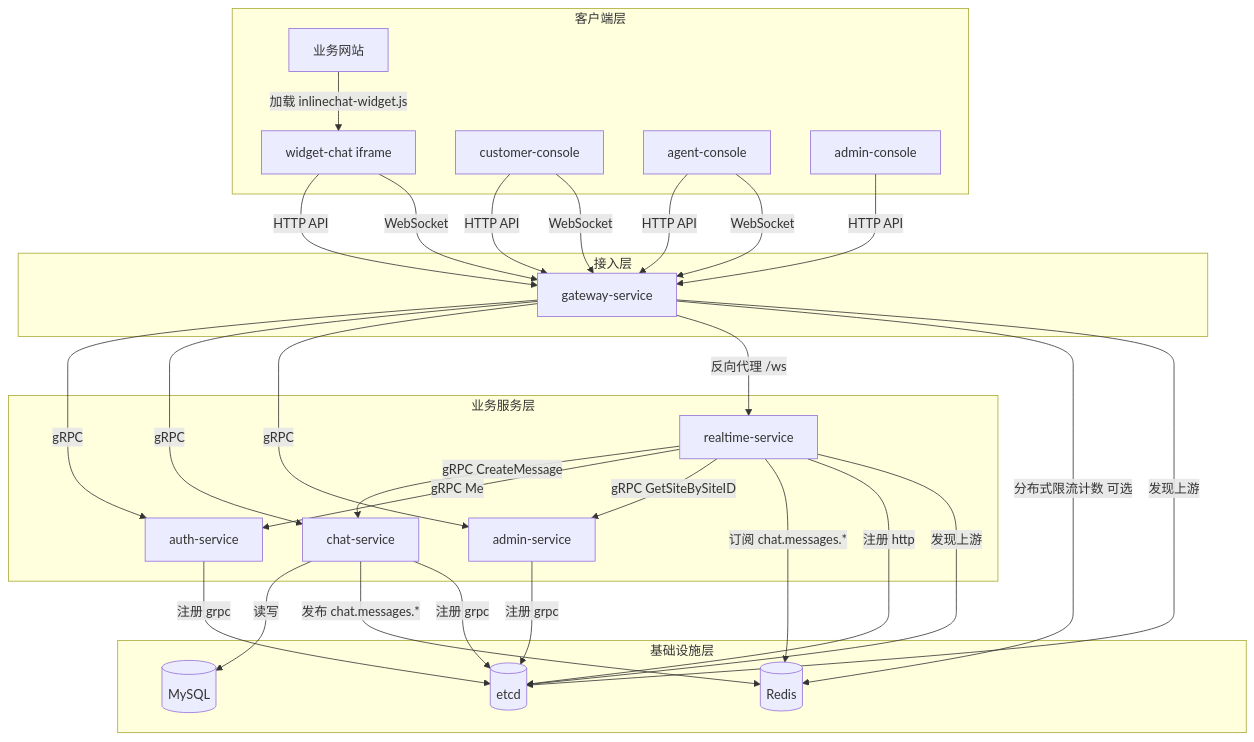
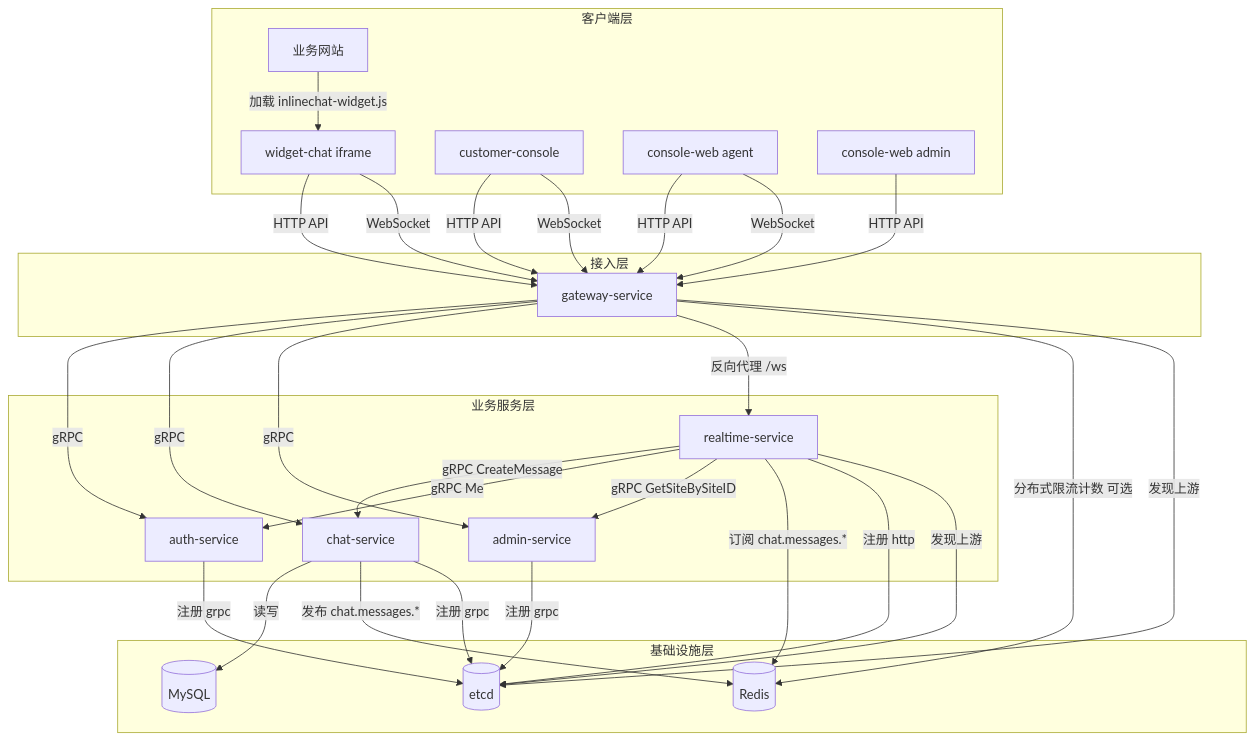
One commit to mituyang/InlineChat changed the first of 8 diagrams in docs/Mermaid.md. Above: the diagram before and after it, drawn with Mermaid. The commit also changed 33 other files, not shown here.

````diff
--- a/docs/Mermaid.md
+++ b/docs/Mermaid.md
@@ -4,59 +4,59 @@
 ```mermaid
 flowchart TB
   subgraph CLIENT[客户端层]
     HOST[业务网站]
     WIDGET[widget-chat iframe]
     CUSTOMER[customer-console]
-    AGENT[agent-console]
-    ADMIN[admin-console]
+    AGENT[console-web agent]
+    ADMIN[console-web admin]
   end
 
   subgraph ACCESS[接入层]
     GW[gateway-service]
   end
 
   subgraph SERVICE[业务服务层]
     AUTH[auth-service]
     CHAT[chat-service]
     REALTIME[realtime-service]
     ADMINSVC[admin-service]
   end
 
   subgraph INFRA[基础设施层]
     MYSQL[(MySQL)]
     REDIS[(Redis)]
     ETCD[(etcd)]
   end
 
   HOST -->|加载 inlinechat-widget.js| WIDGET
 
   WIDGET -->|HTTP API| GW
   CUSTOMER -->|HTTP API| GW
   AGENT -->|HTTP API| GW
   ADMIN -->|HTTP API| GW
 
   WIDGET -->|WebSocket| GW
   CUSTOMER -->|WebSocket| GW
   AGENT -->|WebSocket| GW
 
   GW -->|gRPC| AUTH
   GW -->|gRPC| CHAT
   GW -->|gRPC| ADMINSVC
   GW -->|反向代理 /ws| REALTIME
 
   REALTIME -->|gRPC CreateMessage| CHAT
   REALTIME -->|gRPC Me| AUTH
   REALTIME -->|gRPC GetSiteBySiteID| ADMINSVC
 
   CHAT -->|读写| MYSQL
   CHAT -->|发布 chat.messages.*| REDIS
   REALTIME -->|订阅 chat.messages.*| REDIS
   GW -->|分布式限流计数 可选| REDIS
 
   AUTH -->|注册 grpc| ETCD
   CHAT -->|注册 grpc| ETCD
   ADMINSVC -->|注册 grpc| ETCD
   REALTIME -->|注册 http| ETCD
   GW -->|发现上游| ETCD
   REALTIME -->|发现上游| ETCD
 ```
````
